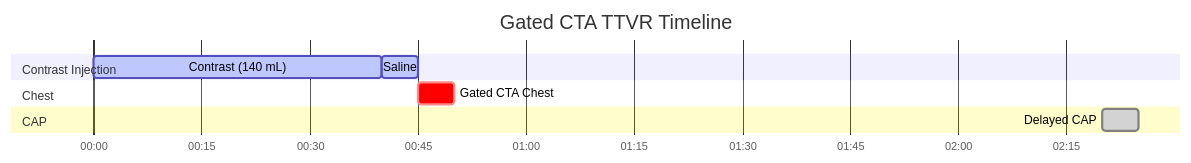
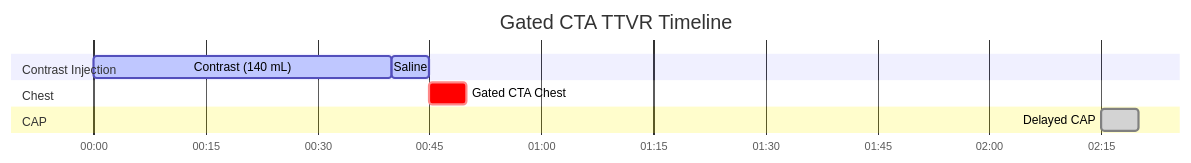
Before and after one commit to dfergs93/radiology-protocols: the diagram in docs/ct/cardiac/gated-cta-ttvr.md, drawn with Mermaid. The commit also changed 3 other files, not shown here.

````diff
--- a/docs/ct/cardiac/gated-cta-ttvr.md
+++ b/docs/ct/cardiac/gated-cta-ttvr.md
@@ -87,20 +87,20 @@
   ```mermaid
   ---
   displayMode: compact
   config:
     theme: default
     themeCSS: " #Saline{ fill: #4ed5ff; stroke: #2094f3; } "
   ---
     gantt
       title Gated CTA TTVR Timeline
       dateFormat mm:ss
       axisFormat %M:%S 
       
       section Contrast Injection
       Contrast (140 mL)    :active, contrast, 00:00, 40s
       Saline          :active, saline, after contrast, 5s
       section Chest
       Gated CTA Chest    :crit, scan1, after saline, 5s
       section CAP
-      Delayed CAP    :done, scan2, 02:20, 5s
+      Delayed CAP    :done, scan2, 02:15, 5s
   ```
````
